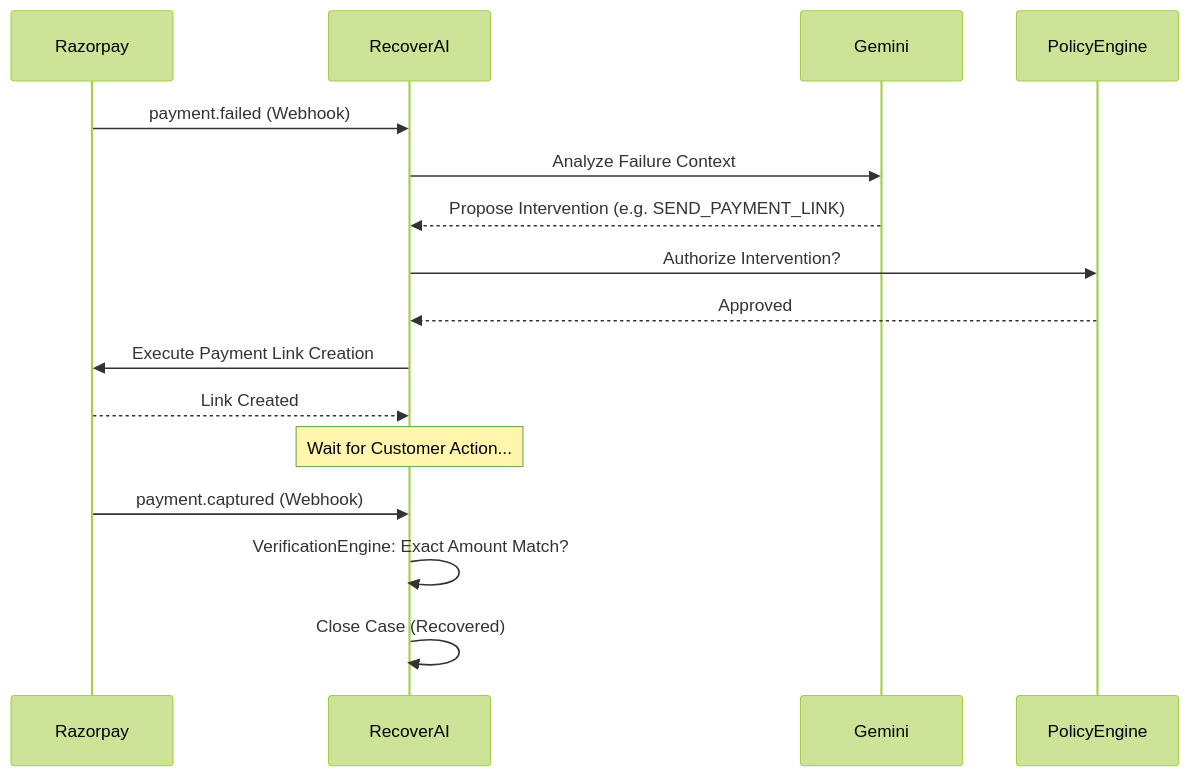
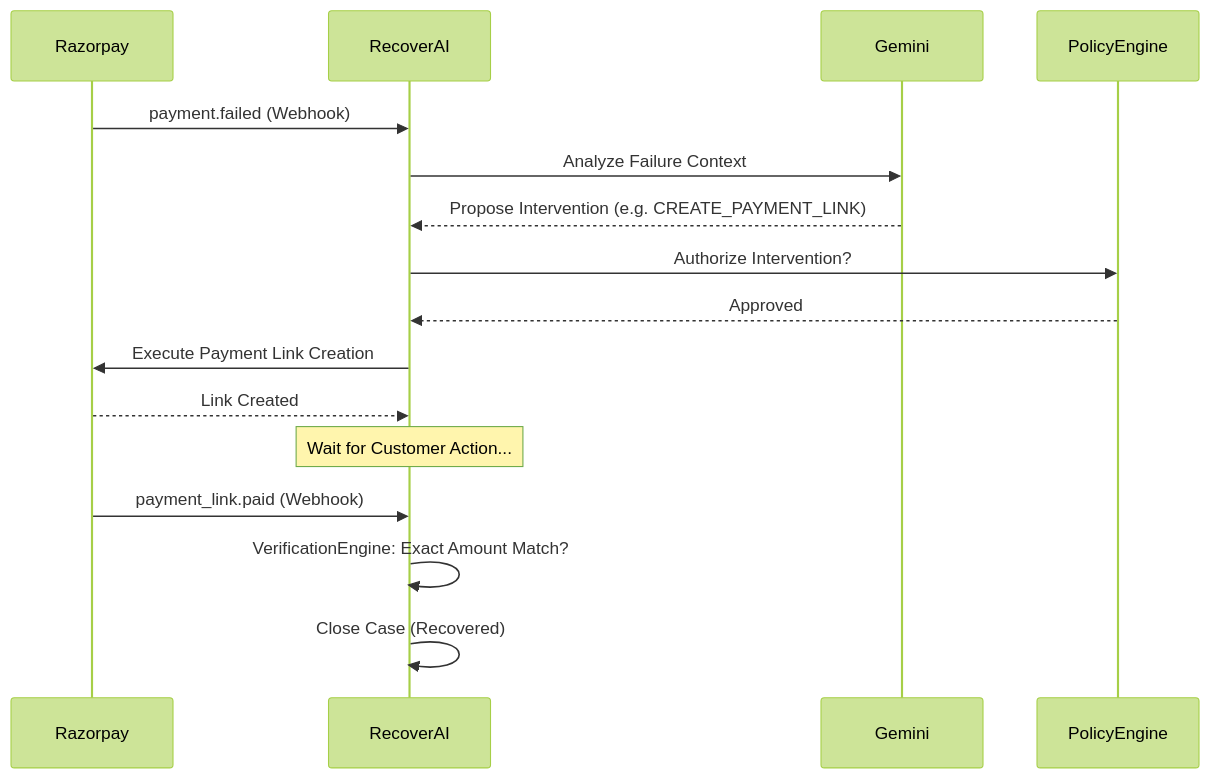
The second of 2 diagrams in README.md (manas0615/RecoverAI), drawn with Mermaid (forest theme) before and after one commit. The commit also changed other lines of this file and 28 other files, not shown here.

Commit message:
docs: complete document architecture rebuild

````diff
--- a/README.md
+++ b/README.md
@@ -107,19 +107,19 @@
 ```mermaid
 sequenceDiagram
     participant Razorpay
     participant RecoverAI
     participant Gemini
     participant PolicyEngine
     
     Razorpay->>RecoverAI: payment.failed (Webhook)
     RecoverAI->>Gemini: Analyze Failure Context
-    Gemini-->>RecoverAI: Propose Intervention (e.g. SEND_PAYMENT_LINK)
+    Gemini-->>RecoverAI: Propose Intervention (e.g. CREATE_PAYMENT_LINK)
     RecoverAI->>PolicyEngine: Authorize Intervention?
     PolicyEngine-->>RecoverAI: Approved
     RecoverAI->>Razorpay: Execute Payment Link Creation
     Razorpay-->>RecoverAI: Link Created
     Note over RecoverAI: Wait for Customer Action...
-    Razorpay->>RecoverAI: payment.captured (Webhook)
+    Razorpay->>RecoverAI: payment_link.paid (Webhook)
     RecoverAI->>RecoverAI: VerificationEngine: Exact Amount Match?
     RecoverAI->>RecoverAI: Close Case (Recovered)
 ```
````
